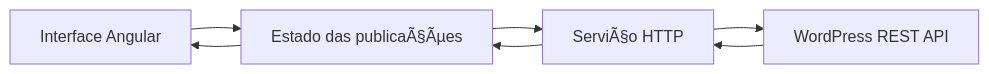
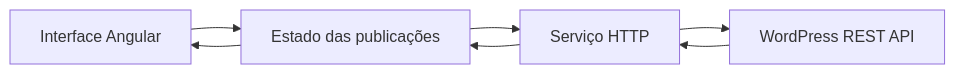
Before and after one commit to brublurryface/sanaka: the first of 2 diagrams in README.md, drawn with Mermaid. The commit also changed other lines of this file and 2 other files, not shown here.

````diff
--- a/README.md
+++ b/README.md
@@ -61,7 +61,7 @@
 ```mermaid
 flowchart LR
-    UI[Interface Angular] --> Store[Estado das publicaÃ§Ãµes]
-    Store --> Service[ServiÃ§o HTTP]
+    UI[Interface Angular] --> Store[Estado das publicações]
+    Store --> Service[Serviço HTTP]
     Service --> API[WordPress REST API]
     API --> Service --> Store --> UI
 ```
````
